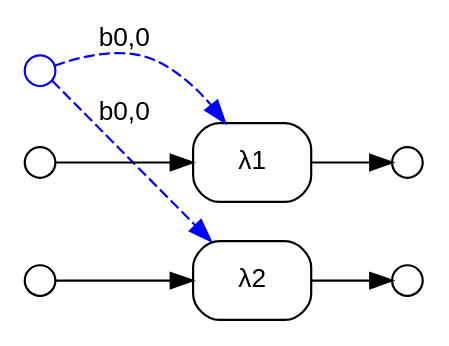
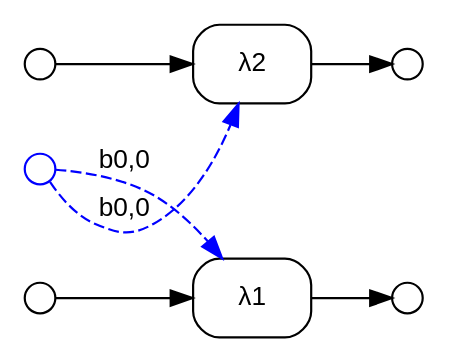
Before and after one commit to ammatsui/bhypvis: the diagram in safety_unsafe_bound_multiple_edges.dot, drawn with Graphviz. The commit also changed other lines of this file and 765 other files, not shown here.

```diff
--- a/safety_unsafe_bound_multiple_edges.dot
+++ b/safety_unsafe_bound_multiple_edges.dot
@@ -1,28 +1,28 @@
 digraph G {
   fontname="Helvetica"
   fontsize=12
   rankdir=LR;
   node [fontname="Helvetica", fontsize=12];
   edge [fontname="Helvetica", fontsize=12];
 
   // Nodes
+  n2 [label="", shape=circle, style=filled, fillcolor=white, color="black", width=0.2, height=0.2, fixedsize=true];
+  n1 [label="", shape=circle, style=filled, fillcolor=white, color="black", width=0.2, height=0.2, fixedsize=true];
   n0 [label="", shape=circle, style=filled, fillcolor=white, color="blue", width=0.2, height=0.2, fixedsize=true];
-  n1 [label="", shape=circle, style=filled, fillcolor=white, color="black", width=0.2, height=0.2, fixedsize=true];
   n3 [label="", shape=circle, style=filled, fillcolor=white, color="black", width=0.2, height=0.2, fixedsize=true];
   n4 [label="", shape=circle, style=filled, fillcolor=white, color="black", width=0.2, height=0.2, fixedsize=true];
-  n2 [label="", shape=circle, style=filled, fillcolor=white, color="black", width=0.2, height=0.2, fixedsize=true];
 
   // Hyperedges
   e0 [label="λ1", shape=box, style=rounded, color="black"];
   e1 [label="λ2", shape=box, style=rounded, color="black"];
 
   // Source connections
   n1 -> e0 [label=""];
   n0 -> e0 [style=dashed, color="blue", constraint=false, label="b0,0"];
   n2 -> e1 [label=""];
   n0 -> e1 [style=dashed, color="blue", constraint=false, label="b0,0"];
 
   // Target connections
   e0 -> n3 [label=""];
   e1 -> n4 [label=""];
 }
```
